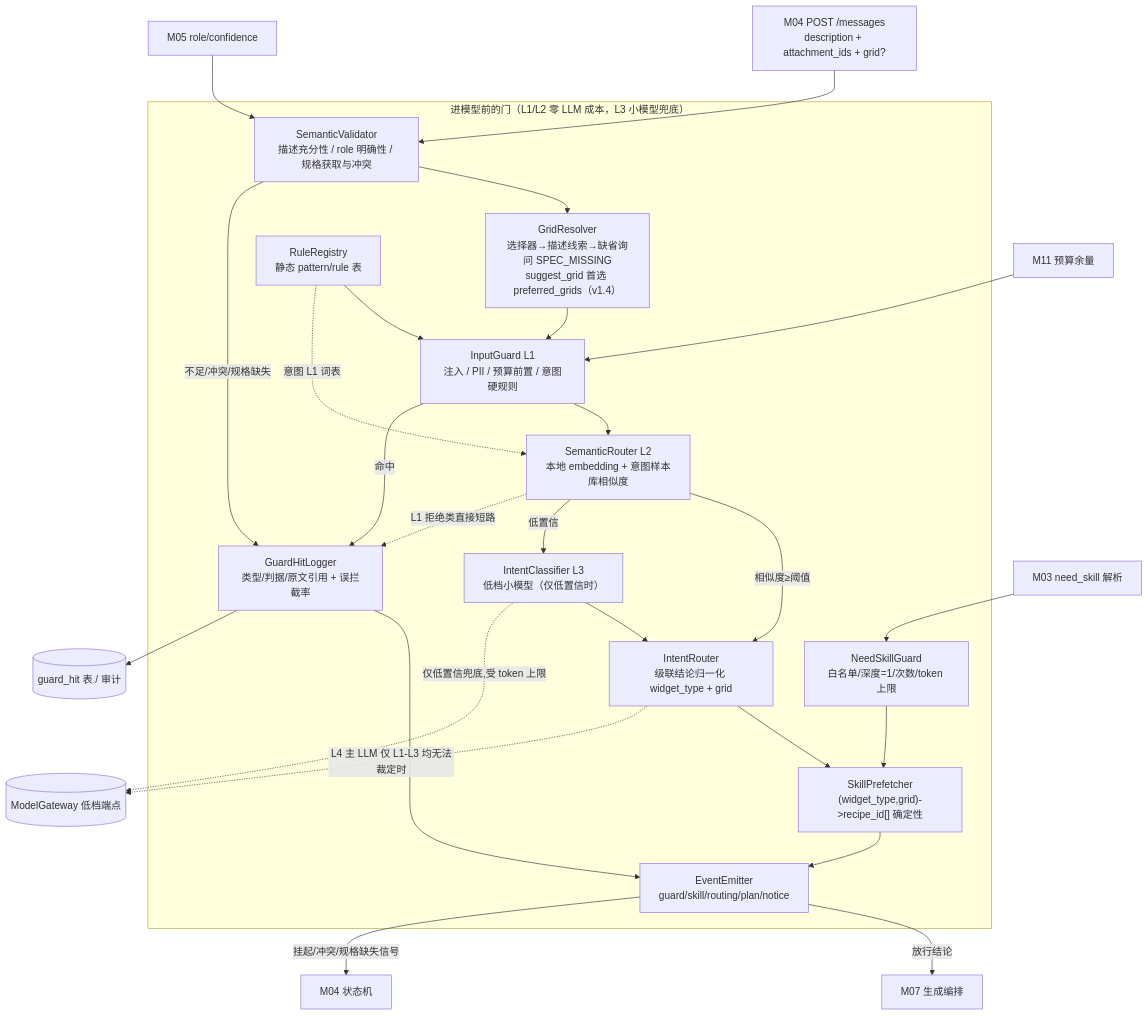
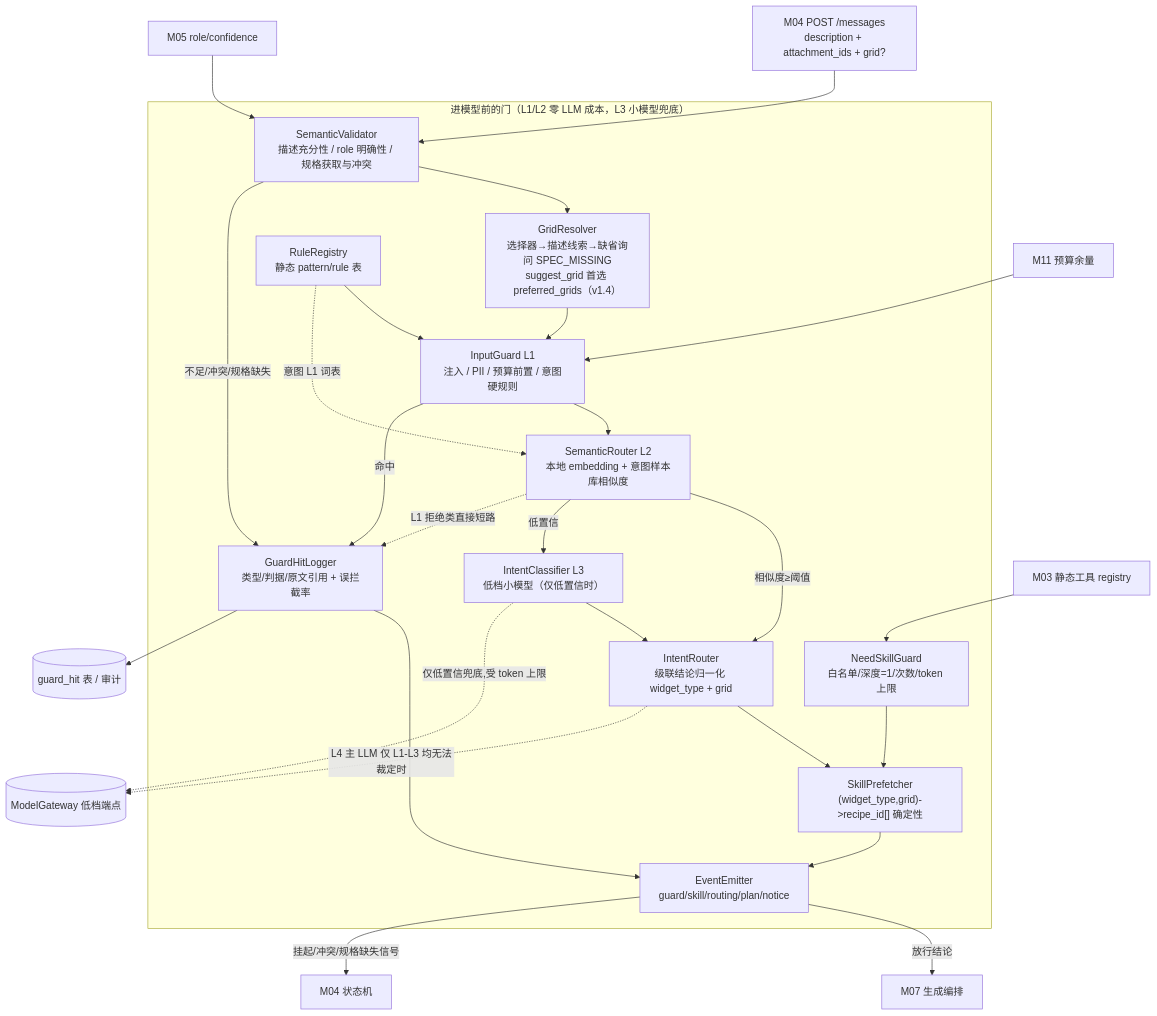
The second of 3 diagrams in docs/modules/M06-输入校验护栏与路由域.md (sao-lang/widget-pilot), drawn with Mermaid before and after one commit. The commit also changed other lines of this file and 143 other files, not shown here.

````diff
--- a/docs/modules/M06-输入校验护栏与路由域.md
+++ b/docs/modules/M06-输入校验护栏与路由域.md
@@ -251,35 +251,35 @@
 ```mermaid
 flowchart TB
   subgraph GATE["进模型前的门（L1/L2 零 LLM 成本，L3 小模型兜底）"]
     SEM["SemanticValidator<br/>描述充分性 / role 明确性 / 规格获取与冲突"]
     GR["GridResolver<br/>选择器→描述线索→缺省询问 SPEC_MISSING<br/>suggest_grid 首选 preferred_grids（v1.4）"]
     IG["InputGuard L1<br/>注入 / PII / 预算前置 / 意图硬规则"]
     SR["SemanticRouter L2<br/>本地 embedding + 意图样本库相似度"]
     IC["IntentClassifier L3<br/>低档小模型（仅低置信时）"]
     RR["RuleRegistry<br/>静态 pattern/rule 表"]
     IR["IntentRouter<br/>级联结论归一化 widget_type + grid"]
     SP["SkillPrefetcher<br/>(widget_type,grid)->recipe_id[] 确定性"]
     NS["NeedSkillGuard<br/>白名单/深度=1/次数/token 上限"]
     GH["GuardHitLogger<br/>类型/判据/原文引用 + 误拦截率"]
     EM["EventEmitter<br/>guard/skill/routing/plan/notice"]
   end
   IN["M04 POST /messages<br/>description + attachment_ids + grid?"] --> SEM
   M05["M05 role/confidence"] --> SEM
   M11["M11 预算余量"] --> IG
   SEM --> GR --> IG --> SR
   SR -->|相似度≥阈值| IR
   SR -->|低置信| IC --> IR
   SR -.L1 拒绝类直接短路.-> GH
   IR --> SP --> EM
   RR --> IG
   RR -.意图 L1 词表.-> SR
   NS --> SP
-  M03["M03 need_skill 解析"] --> NS
+  M03["M03 静态工具 registry"] --> NS
   IG -->|命中| GH --> EM
   SEM -->|不足/冲突/规格缺失| GH
   GH --> PG[("guard_hit 表 / 审计")]
   EM -->|放行结论| M07["M07 生成编排"]
   EM -->|挂起/冲突/规格缺失信号| M04["M04 状态机"]
   IC -.仅低置信兜底,受 token 上限.-> GW[("ModelGateway 低档端点")]
   IR -.L4 主 LLM 仅 L1-L3 均无法裁定时.-> GW
 ```
````
